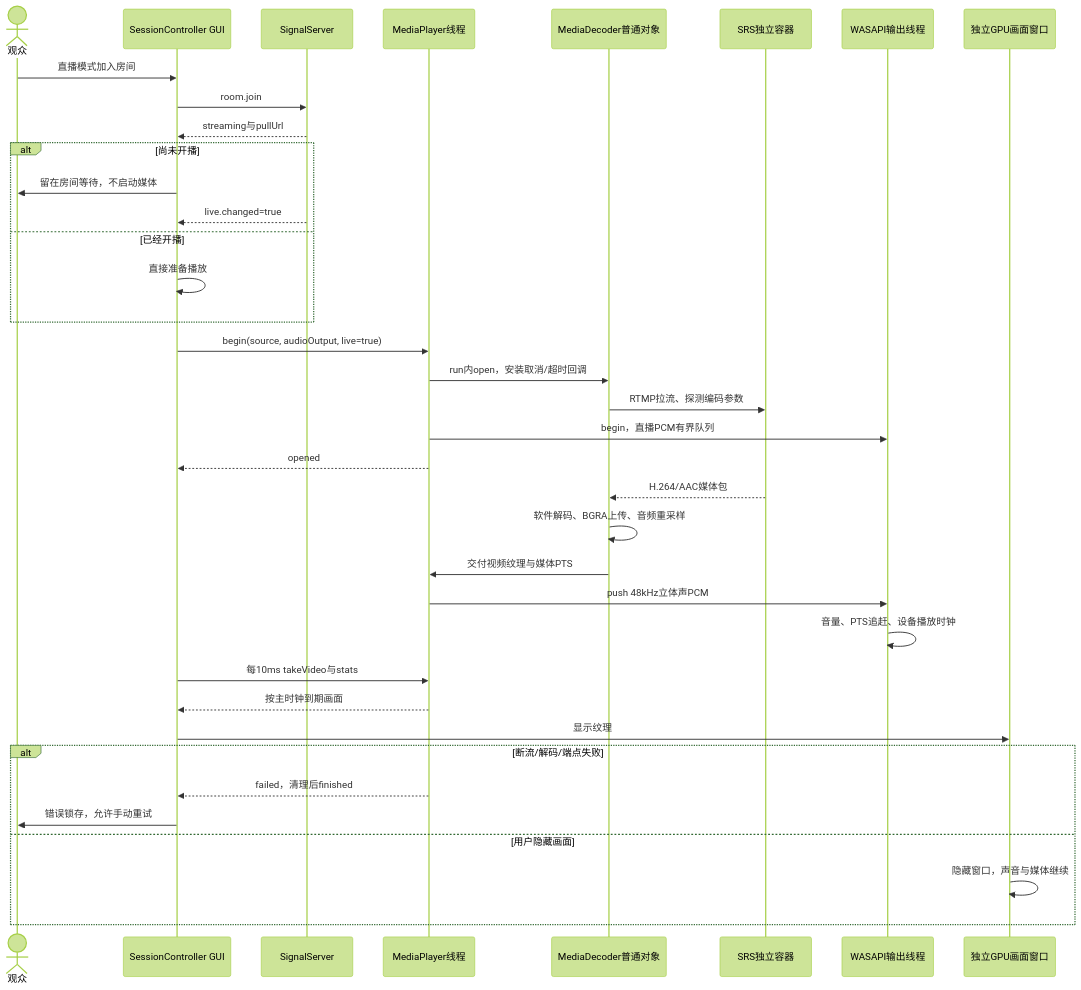
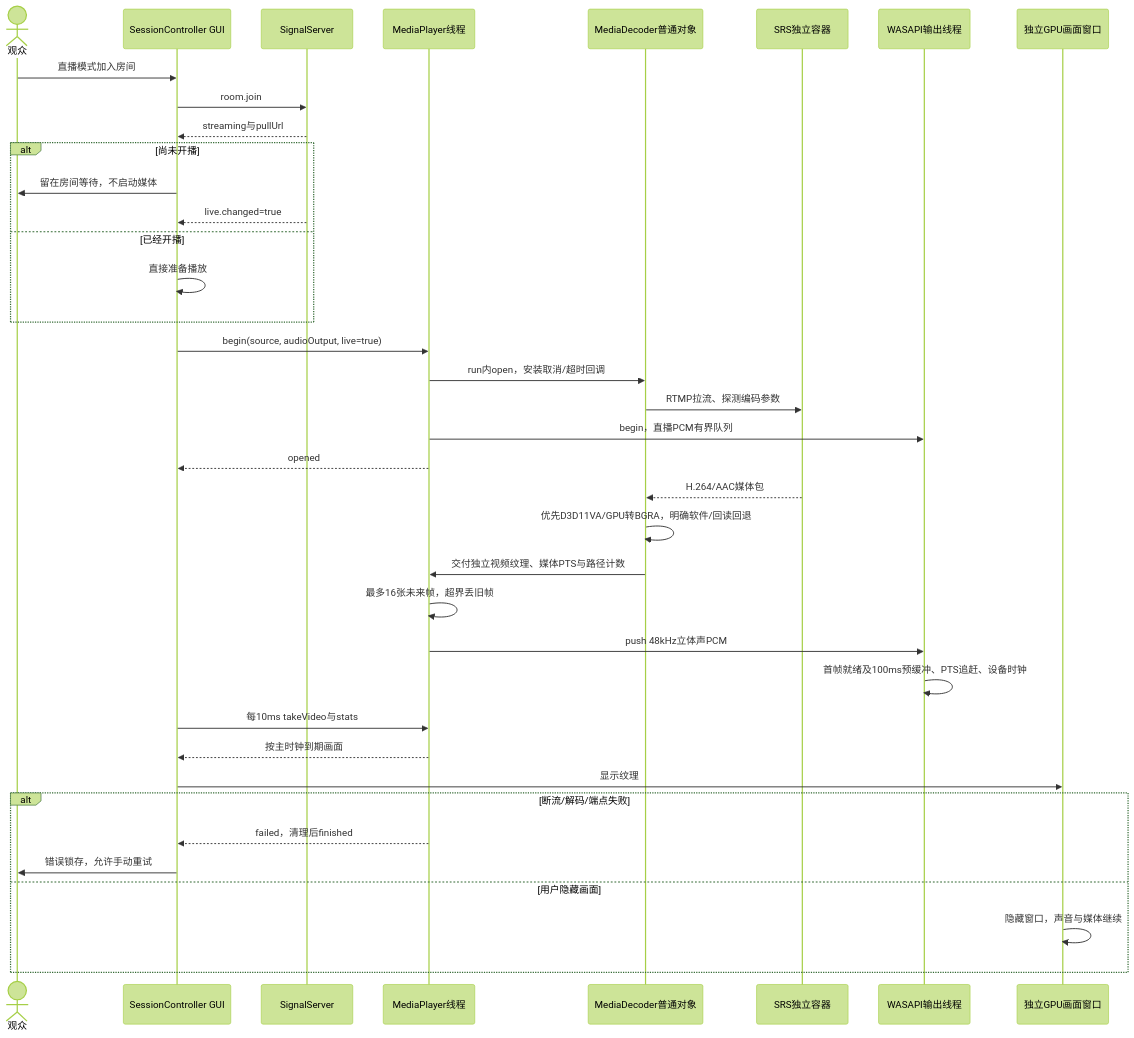
Before and after one commit to kingsman-svg/OBS: the diagram in docs/uml/live-play.mmd, drawn with Mermaid (forest theme). The commit also changed 38 other files, not shown here.

```diff
--- a/docs/uml/live-play.mmd
+++ b/docs/uml/live-play.mmd
@@ -1,37 +1,38 @@
 sequenceDiagram
 actor U as 观众
 participant C as SessionController GUI
 participant S as SignalServer
 participant P as MediaPlayer线程
 participant D as MediaDecoder普通对象
 participant R as SRS独立容器
 participant A as WASAPI输出线程
 participant V as 独立GPU画面窗口
 U->>C: 直播模式加入房间
 C->>S: room.join
 S-->>C: streaming与pullUrl
 alt 尚未开播
 C->>U: 留在房间等待，不启动媒体
 S-->>C: live.changed=true
 else 已经开播
 C->>C: 直接准备播放
 end
 C->>P: begin(source, audioOutput, live=true)
 P->>D: run内open，安装取消/超时回调
 D->>R: RTMP拉流、探测编码参数
 P->>A: begin，直播PCM有界队列
 P-->>C: opened
 R-->>D: H.264/AAC媒体包
-D->>D: 软件解码、BGRA上传、音频重采样
-D->>P: 交付视频纹理与媒体PTS
+D->>D: 优先D3D11VA/GPU转BGRA，明确软件/回读回退
+D->>P: 交付独立视频纹理、媒体PTS与路径计数
+P->>P: 最多16张未来帧，超界丢旧帧
 P->>A: push 48kHz立体声PCM
-A->>A: 音量、PTS追赶、设备播放时钟
+A->>A: 首帧就绪及100ms预缓冲、PTS追赶、设备时钟
 C->>P: 每10ms takeVideo与stats
 P-->>C: 按主时钟到期画面
 C->>V: 显示纹理
 alt 断流/解码/端点失败
 P-->>C: failed，清理后finished
 C->>U: 错误锁存，允许手动重试
 else 用户隐藏画面
 V->>V: 隐藏窗口，声音与媒体继续
 end
```
